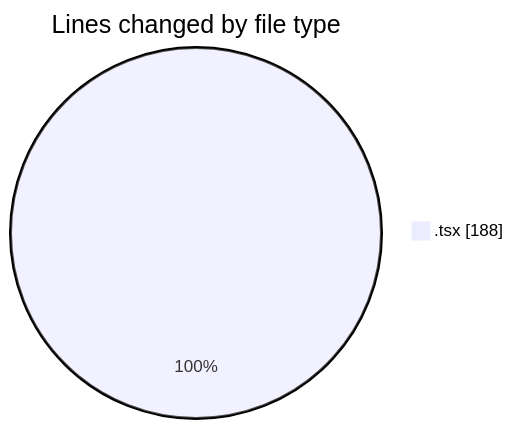
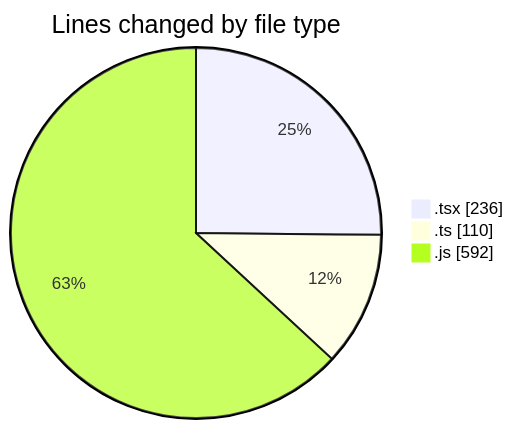
Before and after one commit to momahboobian/code-tracking: the first of 2 diagrams in 2025-03-24/cda/README.md, drawn with Mermaid. The commit also changed other lines of this file and 1 other file, not shown here.

````diff
--- a/2025-03-24/cda/README.md
+++ b/2025-03-24/cda/README.md
@@ -20,5 +26,7 @@
 ```mermaid
 pie showData
 title Lines changed by file type
-".tsx" : 188
+".tsx" : 236
+".ts" : 110
+".js" : 592
 ```
````
